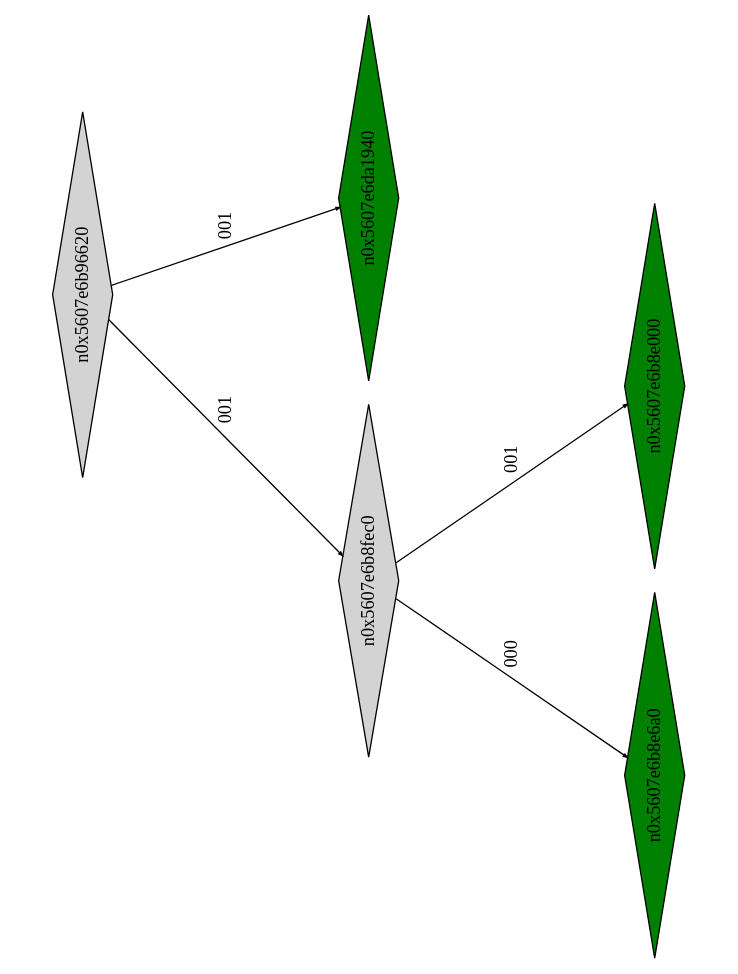
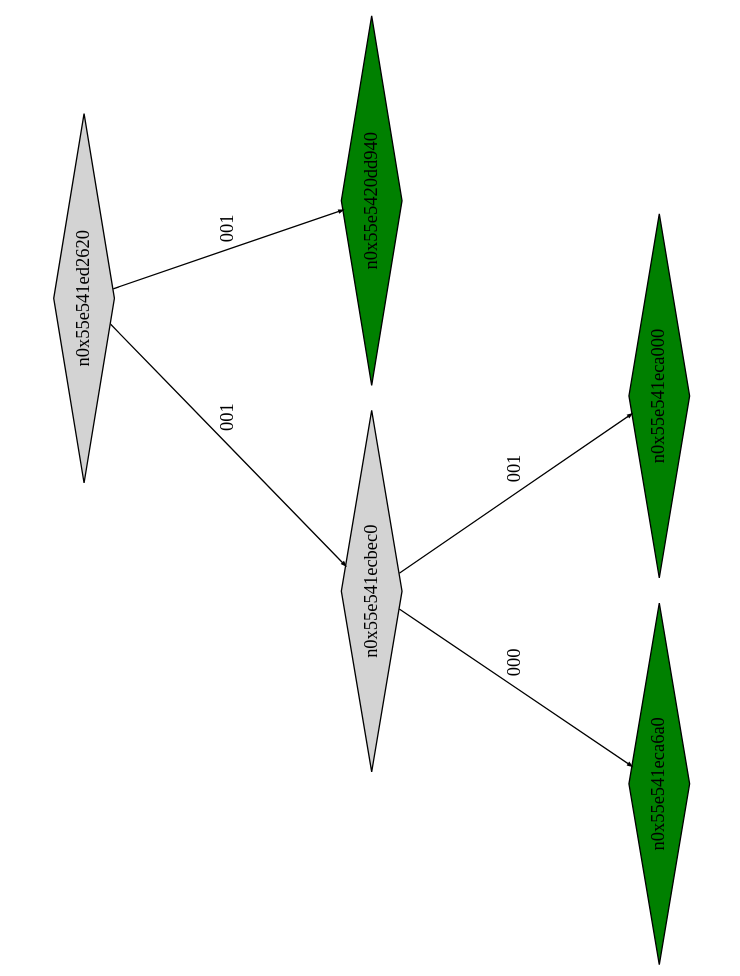
Before and after one commit to Research-Tools-PAVT/PSE-Program-Examples: the diagram in example1_klee_out/ptree_00000268.dot, drawn with Graphviz. The commit also changed 41 other files, not shown here.

```diff
--- a/example1_klee_out/ptree_00000268.dot
+++ b/example1_klee_out/ptree_00000268.dot
@@ -1,17 +1,17 @@
 digraph G {
 	size="10,7.5";
 	ratio=fill;
 	rotate=90;
 	center = "true";
 	node [style="filled",width=.1,height=.1,fontname="Terminus"]
 	edge [arrowsize=.3]
-	n0x5607e6b96620 [shape=diamond];
-	n0x5607e6b96620 -> n0x5607e6b8fec0 [label=001];
-	n0x5607e6b96620 -> n0x5607e6da1940 [label=001];
-	n0x5607e6da1940 [shape=diamond,fillcolor=green];
-	n0x5607e6b8fec0 [shape=diamond];
-	n0x5607e6b8fec0 -> n0x5607e6b8e6a0 [label=000];
-	n0x5607e6b8fec0 -> n0x5607e6b8e000 [label=001];
-	n0x5607e6b8e000 [shape=diamond,fillcolor=green];
-	n0x5607e6b8e6a0 [shape=diamond,fillcolor=green];
+	n0x55e541ed2620 [shape=diamond];
+	n0x55e541ed2620 -> n0x55e541ecbec0 [label=001];
+	n0x55e541ed2620 -> n0x55e5420dd940 [label=001];
+	n0x55e5420dd940 [shape=diamond,fillcolor=green];
+	n0x55e541ecbec0 [shape=diamond];
+	n0x55e541ecbec0 -> n0x55e541eca6a0 [label=000];
+	n0x55e541ecbec0 -> n0x55e541eca000 [label=001];
+	n0x55e541eca000 [shape=diamond,fillcolor=green];
+	n0x55e541eca6a0 [shape=diamond,fillcolor=green];
 }
```
